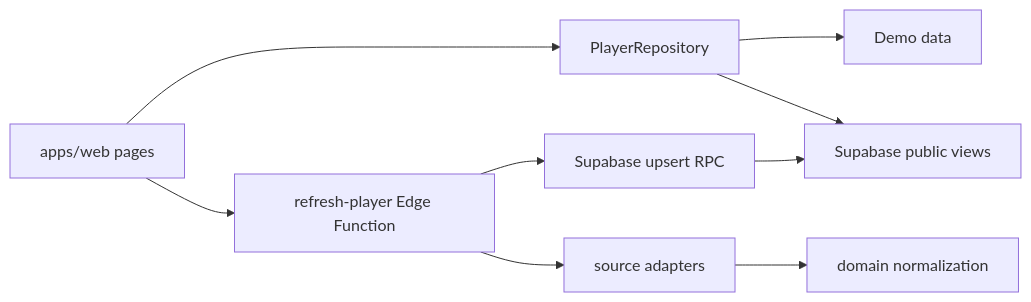
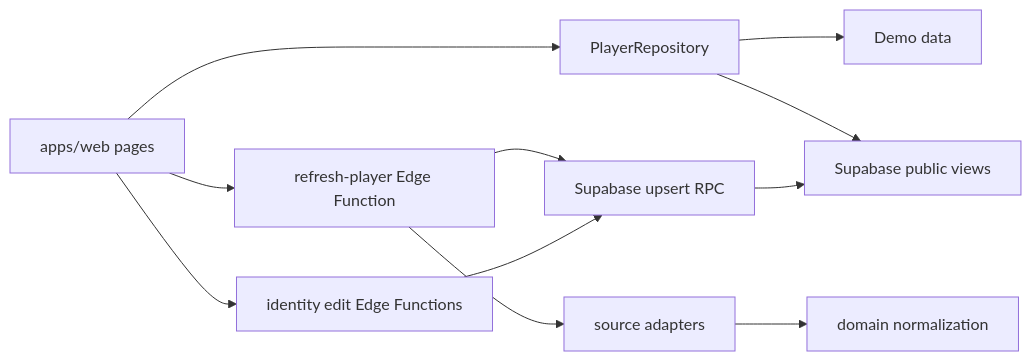
The diagram in docs/codemap.md (iamdenny/pingpong-busu), drawn with Mermaid before and after one commit. The commit also changed other lines of this file and 44 other files, not shown here.

````diff
--- a/docs/codemap.md
+++ b/docs/codemap.md
@@ -5,11 +5,13 @@
 ```mermaid
 flowchart LR
   UI["apps/web pages"] --> REPO["PlayerRepository"]
   REPO --> DEMO["Demo data"]
   REPO --> PUBLIC["Supabase public views"]
   UI --> EDGE["refresh-player Edge Function"]
+  UI --> IDENTITY["identity edit Edge Functions"]
   EDGE --> ADAPTERS["source adapters"]
   ADAPTERS --> DOMAIN["domain normalization"]
   EDGE --> RPC["Supabase upsert RPC"]
   RPC --> PUBLIC
+  IDENTITY --> RPC
 ```
````
